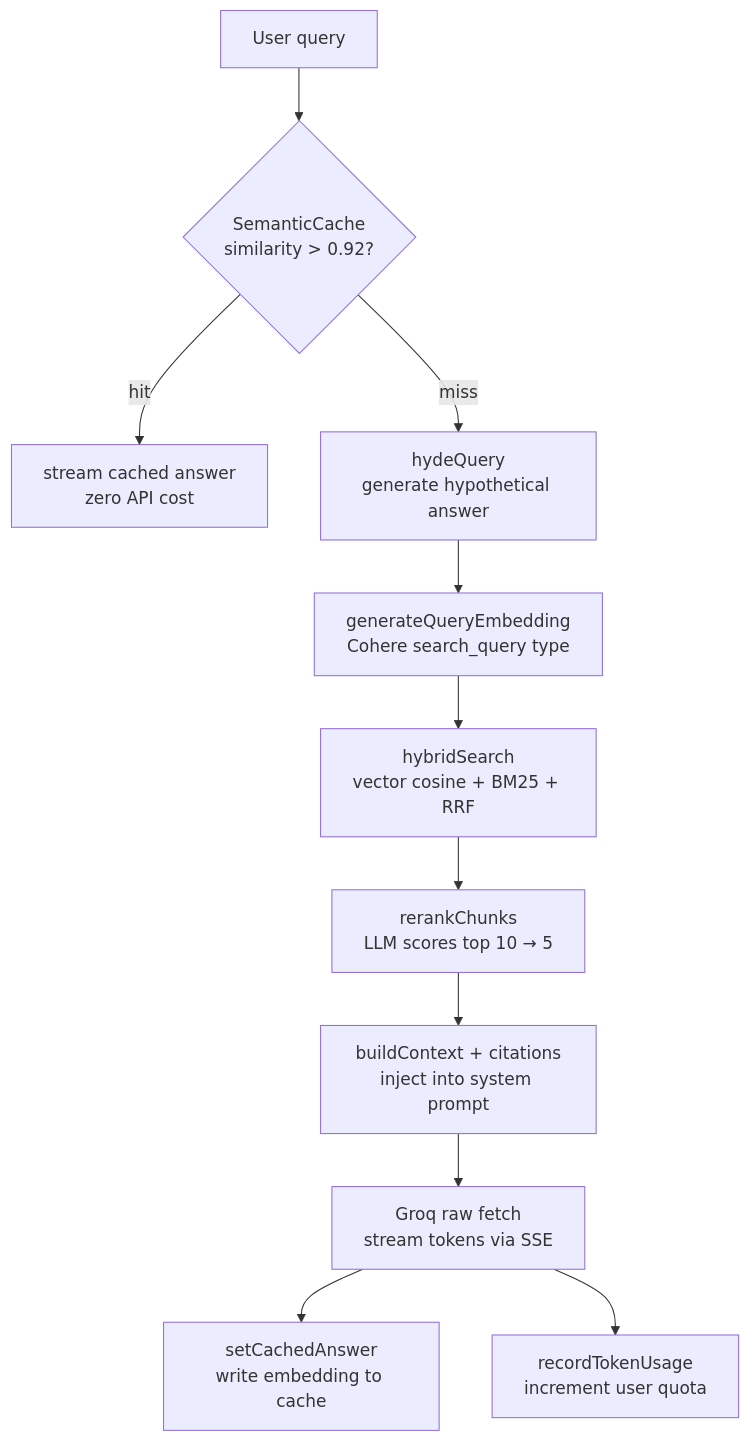
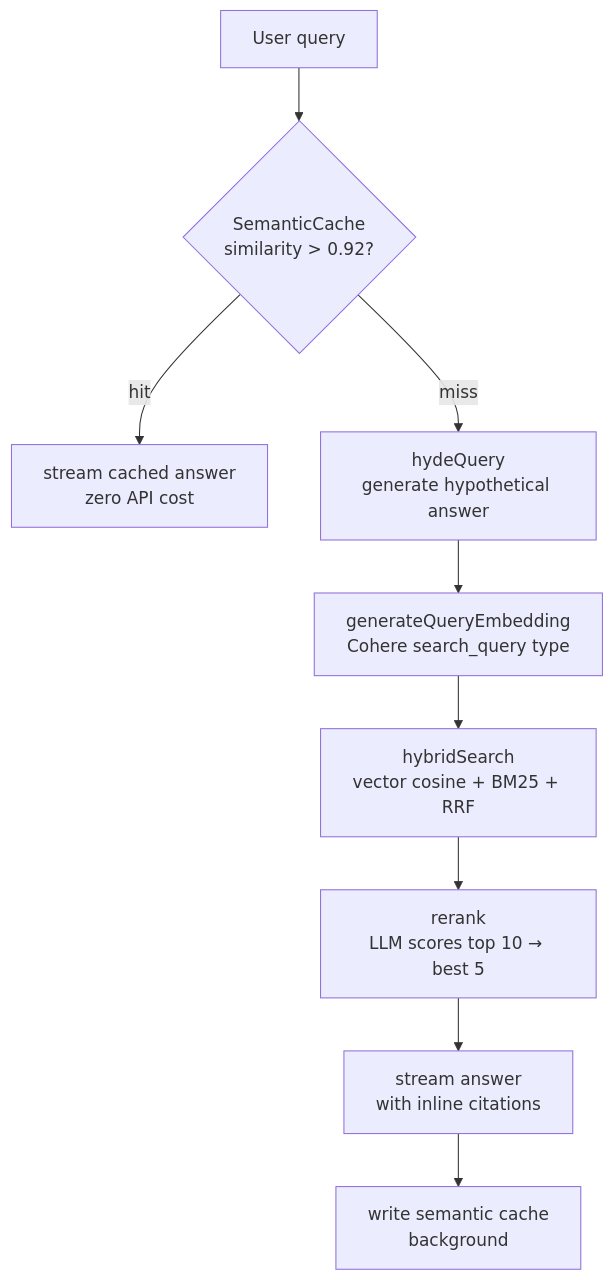
The second of 2 diagrams in README.md (joshu1024/joshu1024), drawn with Mermaid before and after one commit. The commit also changed other lines of this file, not shown here.

````diff
--- a/README.md
+++ b/README.md
@@ -162,13 +116,11 @@
 ```mermaid
 flowchart TD
-    A[User query] --> B{SemanticCache\nsimilarity > 0.92?}
-    B -->|hit| C[stream cached answer\nzero API cost]
-    B -->|miss| D[hydeQuery\ngenerate hypothetical answer]
-    D --> E[generateQueryEmbedding\nCohere search_query type]
-    E --> F[hybridSearch\nvector cosine + BM25 + RRF]
-    F --> G[rerankChunks\nLLM scores top 10 → 5]
-    G --> H[buildContext + citations\ninject into system prompt]
-    H --> I[Groq raw fetch\nstream tokens via SSE]
-    I --> J[setCachedAnswer\nwrite embedding to cache]
-    I --> K[recordTokenUsage\nincrement user quota]
+    Q[User query] --> C{SemanticCache<br/>similarity > 0.92?}
+    C -- hit --> H[stream cached answer<br/>zero API cost]
+    C -- miss --> Y[hydeQuery<br/>generate hypothetical answer]
+    Y --> EM[generateQueryEmbedding<br/>Cohere search_query type]
+    EM --> HS[hybridSearch<br/>vector cosine + BM25 + RRF]
+    HS --> RR[rerank<br/>LLM scores top 10 → best 5]
+    RR --> ST[stream answer<br/>with inline citations]
+    ST --> W[write semantic cache<br/>background]
 ```
````
